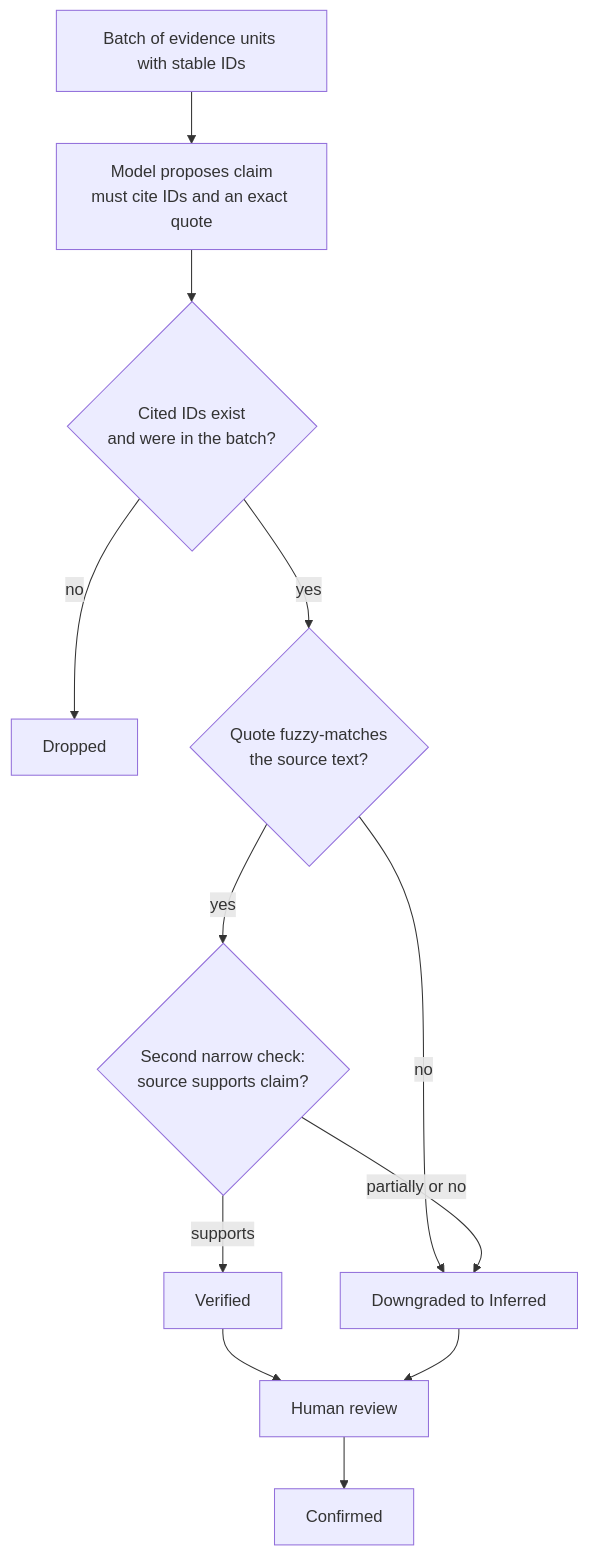
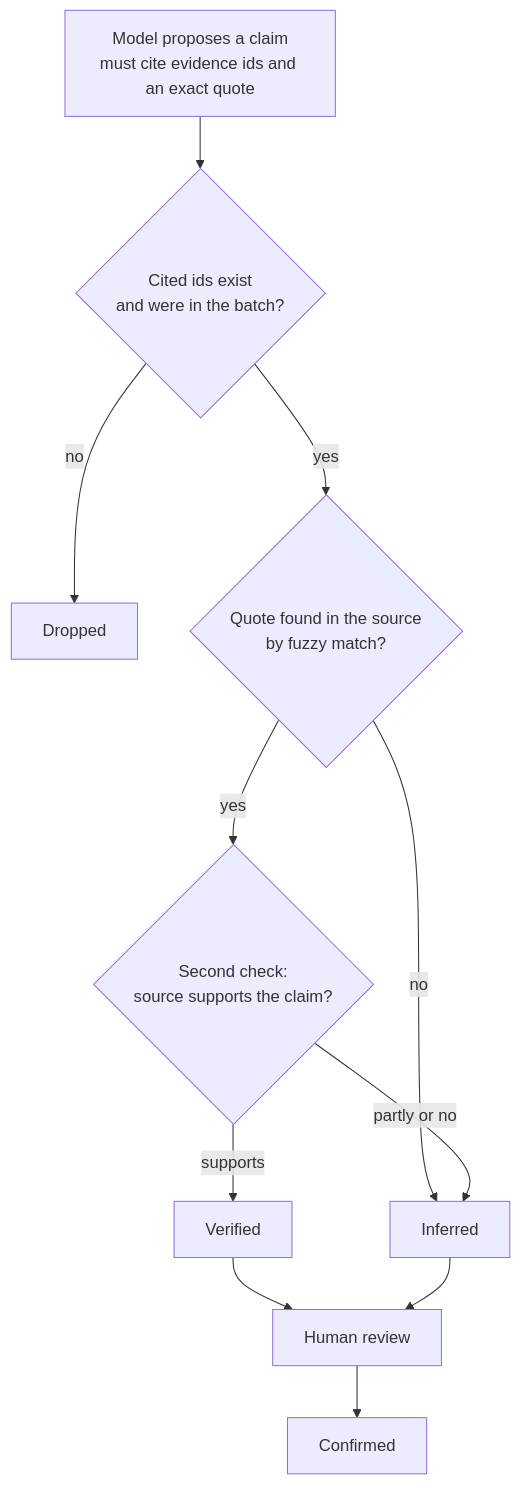
The third of 4 diagrams in README.md (PawanBhandari03/Continuum), drawn with Mermaid before and after one commit. The commit also changed other lines of this file and 1 other file, not shown here.

Commit message:
docs: README rewritten for Round 3 (judge path, three improvements delivered, measured results, diagrams); .env.example matches the real configuration

````diff
--- a/README.md
+++ b/README.md
@@ -82,14 +89,12 @@
 ```mermaid
 flowchart TD
-    S[Batch of evidence units with stable IDs] --> M[Model proposes claim<br/>must cite IDs and an exact quote]
-    M --> C1{Cited IDs exist<br/>and were in the batch?}
+    M[Model proposes a claim<br/>must cite evidence ids and an exact quote] --> C1{Cited ids exist<br/>and were in the batch?}
     C1 -- no --> X[Dropped]
-    C1 -- yes --> C2{Quote fuzzy-matches<br/>the source text?}
-    C2 -- no --> I[Downgraded to Inferred]
-    C2 -- yes --> C3{Second narrow check:<br/>source supports claim?}
+    C1 -- yes --> C2{Quote found in the source<br/>by fuzzy match?}
+    C2 -- no --> I[Inferred]
+    C2 -- yes --> C3{Second check:<br/>source supports the claim?}
     C3 -- supports --> V[Verified]
-    C3 -- partially or no --> I
-    V --> H[Human review]
+    C3 -- partly or no --> I
+    V --> H[Human review] --> K[Confirmed]
     I --> H
-    H --> K[Confirmed]
 ```
````
